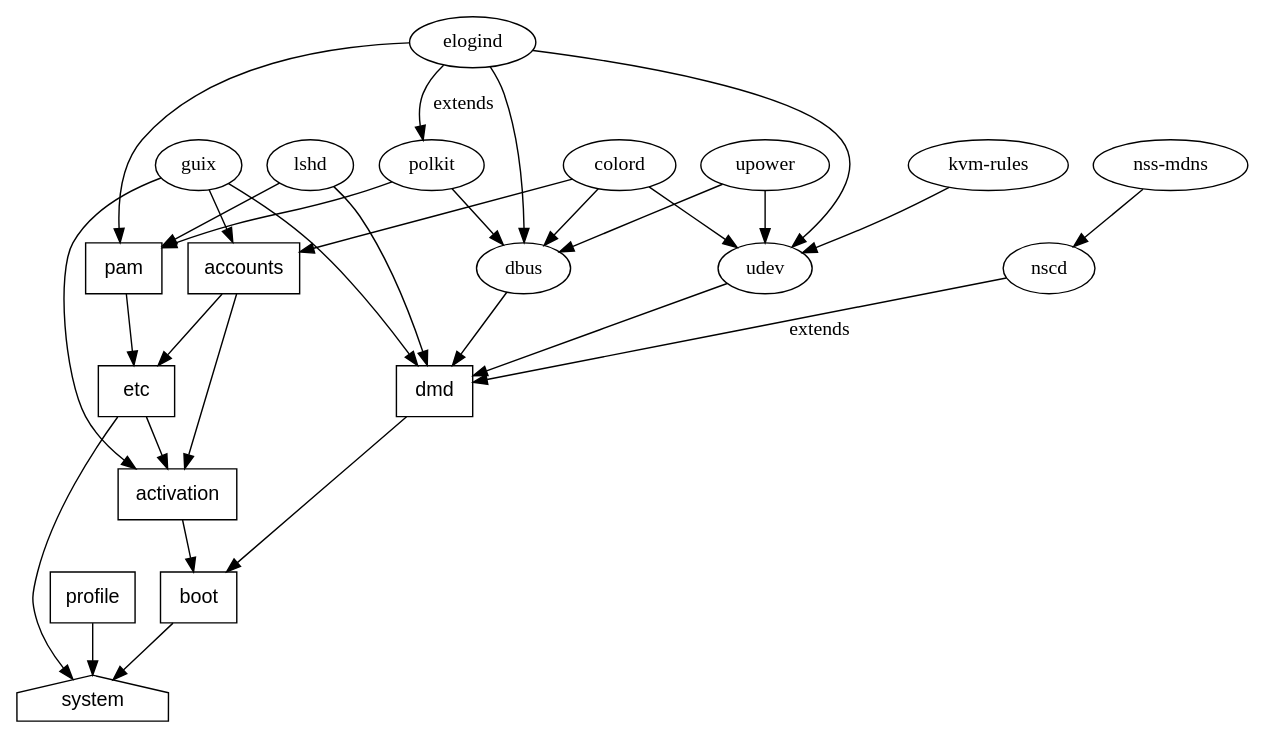
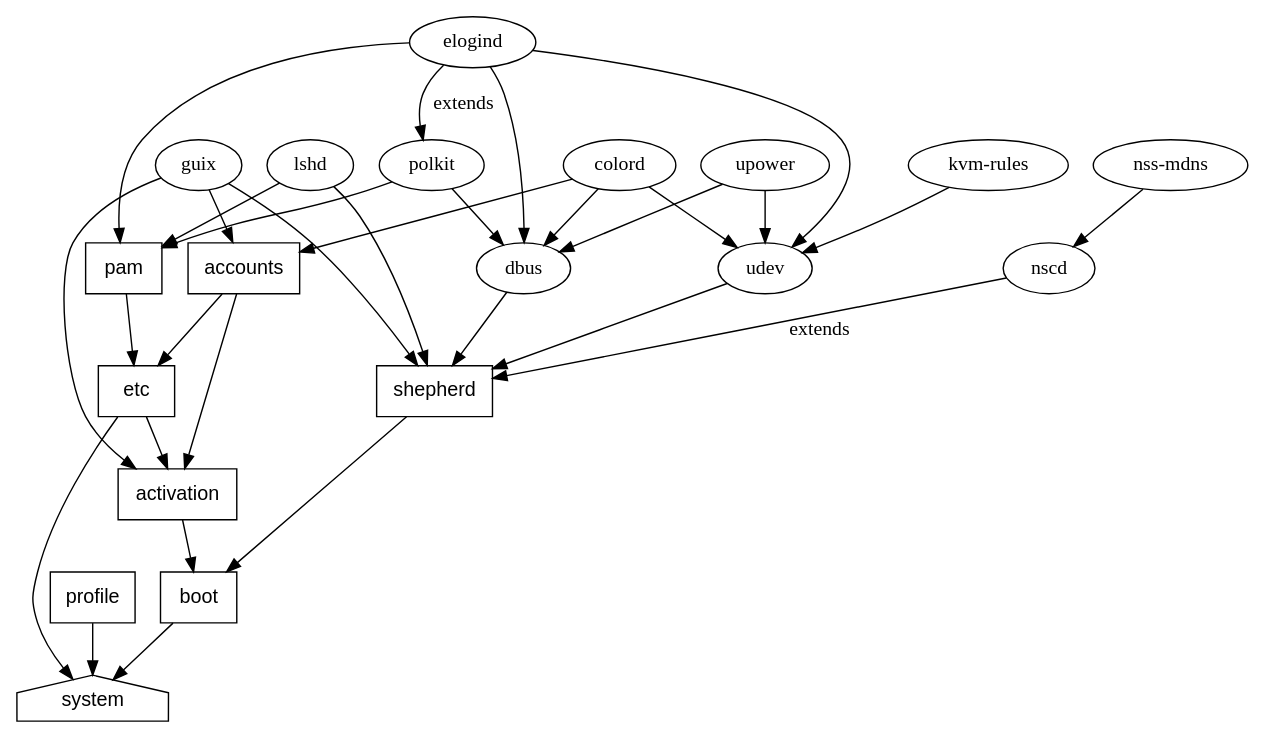
One commit to guix-mirror/guix changed the diagram in doc/images/service-graph.dot. Above: the diagram before and after it, drawn with Graphviz. The commit also changed 19 other files, not shown here.

```diff
--- a/doc/images/service-graph.dot
+++ b/doc/images/service-graph.dot
@@ -1,40 +1,40 @@
 digraph "Service Type Dependencies" {
-  dmd [shape = box, fontname = Helvetica];
+  shepherd [shape = box, fontname = Helvetica];
   pam [shape = box, fontname = Helvetica];
   etc [shape = box, fontname = Helvetica];
   profile [shape = box, fontname = Helvetica];
   accounts [shape = box, fontname = Helvetica];
   activation [shape = box, fontname = Helvetica];
   boot [shape = box, fontname = Helvetica];
   system [shape = house, fontname = Helvetica];
-  lshd -> dmd;
+  lshd -> shepherd;
   lshd -> pam;
-  udev -> dmd;
-  nscd -> dmd [label = "extends"];
+  udev -> shepherd;
+  nscd -> shepherd [label = "extends"];
   "nss-mdns" -> nscd;
   "kvm-rules" -> udev;
   colord -> udev;
-  dbus -> dmd;
+  dbus -> shepherd;
   colord -> dbus;
   upower -> udev;
   upower -> dbus;
   polkit -> dbus;
   polkit -> pam;
   elogind -> dbus;
   elogind -> udev;
   elogind -> polkit [label = "extends"];
-  dmd -> boot;
+  shepherd -> boot;
   colord -> accounts;
   accounts -> activation;
   accounts -> etc;
   etc -> activation;
   activation -> boot;
   pam -> etc;
   elogind -> pam;
-  guix -> dmd;
+  guix -> shepherd;
   guix -> activation;
   guix -> accounts;
   boot -> system;
   etc -> system;
   profile -> system;
 }
```
